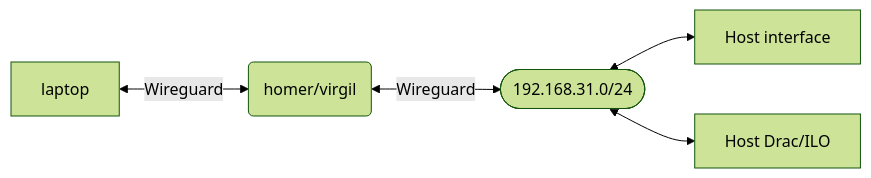
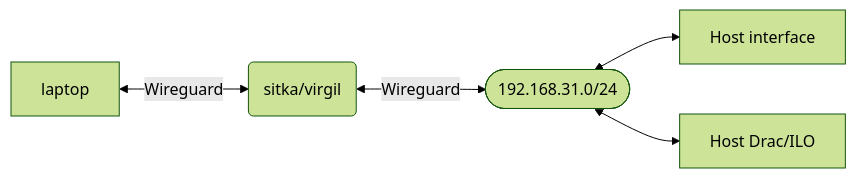
Before and after one commit to suspect-devices/digithink: the first of 2 diagrams in docs/rethinkeverything/norouter/wireguard-and-tinyproxy.md, drawn with Mermaid (forest theme). The commit also changed other lines of this file and 6 other files, not shown here.

````diff
--- a/docs/rethinkeverything/norouter/wireguard-and-tinyproxy.md
+++ b/docs/rethinkeverything/norouter/wireguard-and-tinyproxy.md
@@ -7,7 +9,7 @@
     ```mermaid
     graph LR
     D([192.168.31.0/24])<-->A[Host interface]
     D<-->E[Host Drac/ILO]
-    C[laptop] <-- Wireguard --> B(homer/virgil);
+    C[laptop] <-- Wireguard --> B(sitka/virgil);
     B <-- Wireguard -->D;
     ```
````
